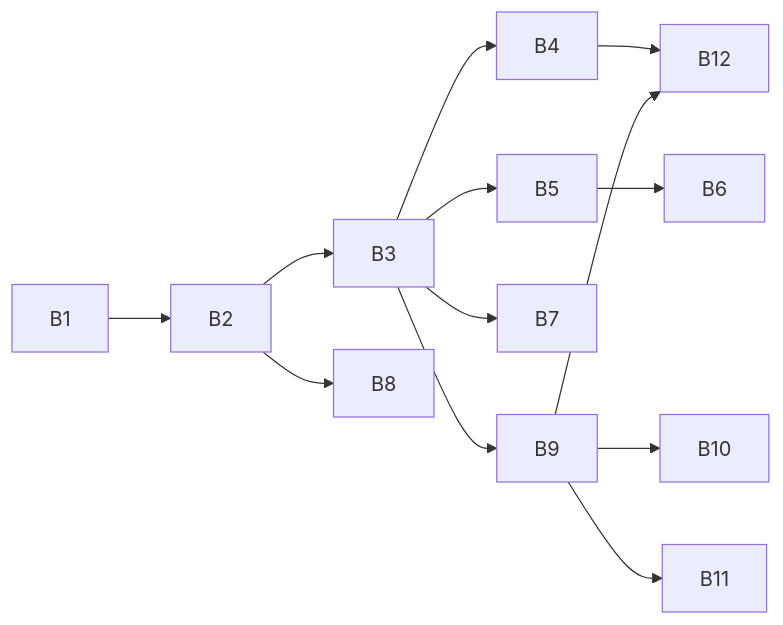
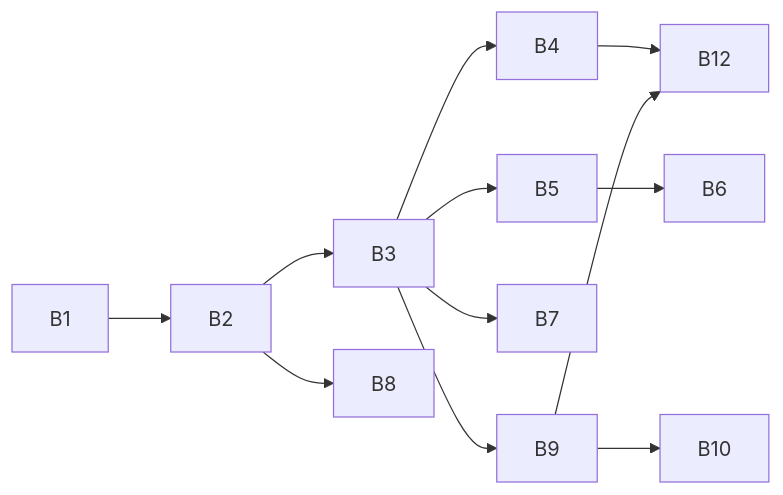
The diagram in UPSTREAM-PRS.md (AlexJSully/vscode), drawn with Mermaid before and after one commit. The commit also changed other lines of this file and 26 other files, not shown here.

````diff
--- a/UPSTREAM-PRS.md
+++ b/UPSTREAM-PRS.md
@@ -88,14 +92,13 @@
 ```mermaid
 flowchart LR
     accTitle: Tab Stacks pull request dependencies
-    accDescr: The first visible tab stack comes from the chain B1, B2 and B3. Persistence (B8) only needs B2. After B3, collapse and expand (B4), editing a tab stack from its header (B5), Modern UI styles (B7) and drag and drop within a group (B9) can each start. Add to Tab Stack (B6) follows B5. Drops at the end of a tab stack and from other groups (B10) and file drops (B11) follow B9, and keyboard moves (B12) follow both B4 and B9.
+    accDescr: The first visible tab stack comes from the chain B1, B2 and B3. Persistence (B8) only needs B2. After B3, collapse and expand (B4), editing a tab stack from its header (B5), Modern UI styles (B7) and drag and drop within a group (B9) can each start. Add to Tab Stack (B6) follows B5. Drops at the end of a tab stack and from outside the group (B10) follow B9, and keyboard moves (B12) follow both B4 and B9.
     B1 --> B2 --> B3
     B2 --> B8
     B3 --> B4 --> B12
     B3 --> B5 --> B6
     B3 --> B7
     B3 --> B9
     B9 --> B10
-    B9 --> B11
     B9 --> B12
 ```
````
